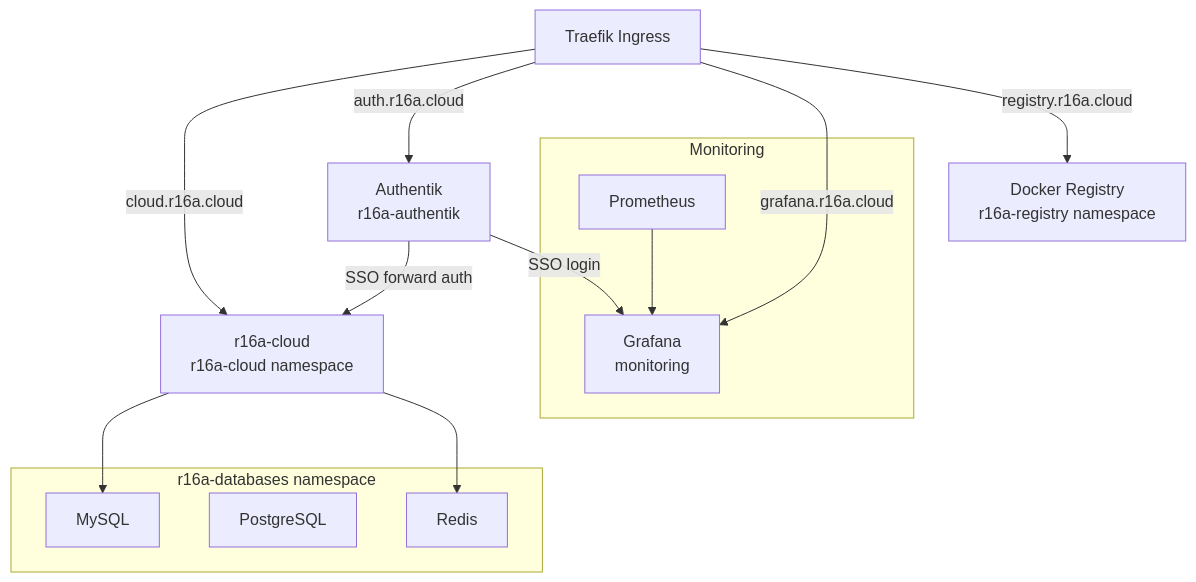
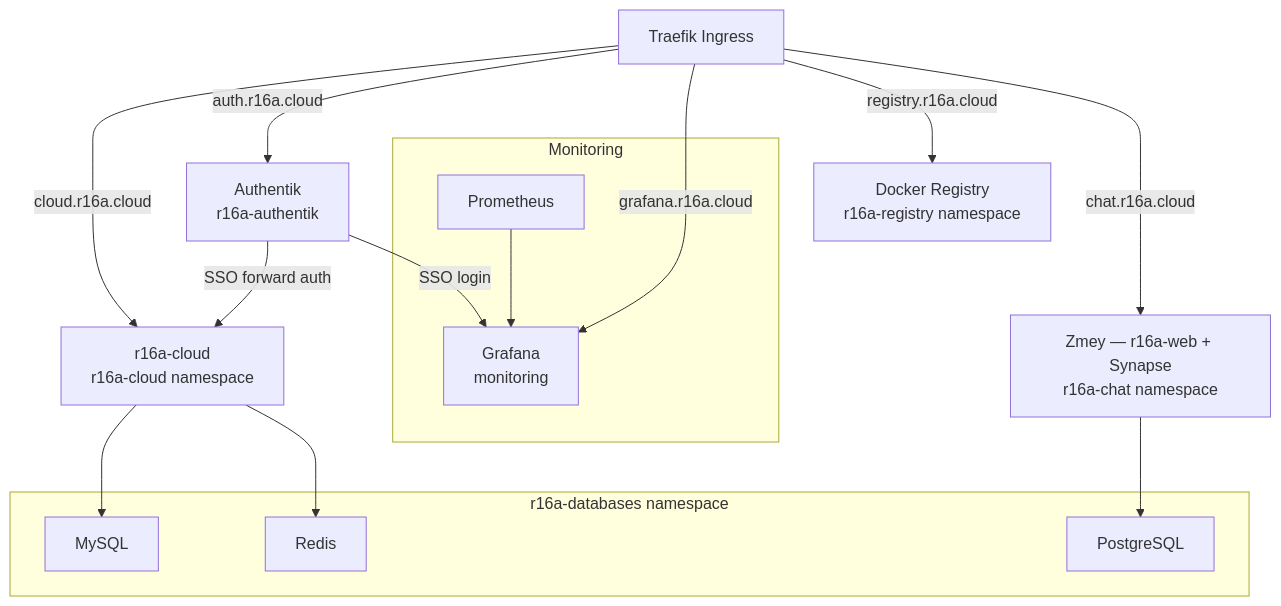
One commit to Ramphy0x90/r16a-infra changed the diagram in services.md. Above: the diagram before and after it, drawn with Mermaid. The commit also changed other lines of this file and 2 other files, not shown here.

Commit message:
update: Zmey intro

````diff
--- a/services.md
+++ b/services.md
@@ -11,25 +11,27 @@
 ```mermaid
 graph TD
     Traefik[Traefik Ingress]
 
     Traefik -->|cloud.r16a.cloud| RC[r16a-cloud<br>r16a-cloud namespace]
     Traefik -->|auth.r16a.cloud| AK[Authentik<br>r16a-authentik]
     Traefik -->|grafana.r16a.cloud| GF[Grafana<br>monitoring]
     Traefik -->|registry.r16a.cloud| RG[Docker Registry<br>r16a-registry namespace]
+    Traefik -->|chat.r16a.cloud| ZM[Zmey — r16a-web + Synapse<br>r16a-chat namespace]
 
     AK -->|SSO forward auth| RC
     AK -->|SSO login| GF
 
     subgraph DB [r16a-databases namespace]
         MySQL
         PostgreSQL
         Redis
     end
 
     RC --> MySQL
     RC --> Redis
+    ZM --> PostgreSQL
 
     subgraph MON [Monitoring]
         Prometheus --> GF
     end
 ```
````
